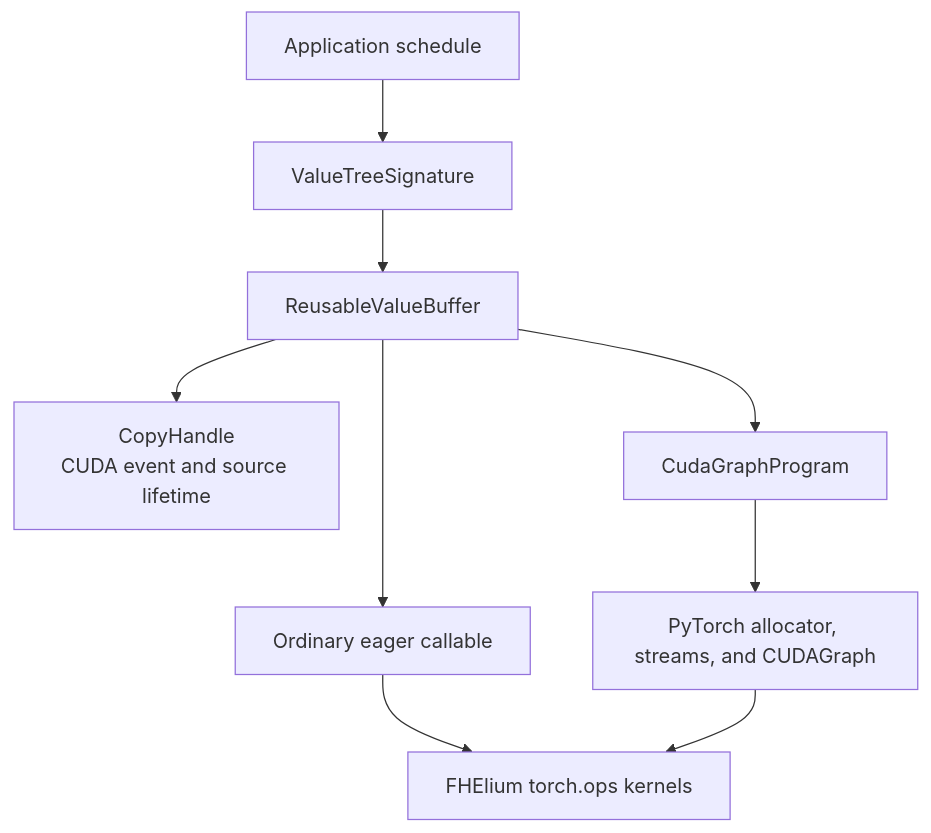
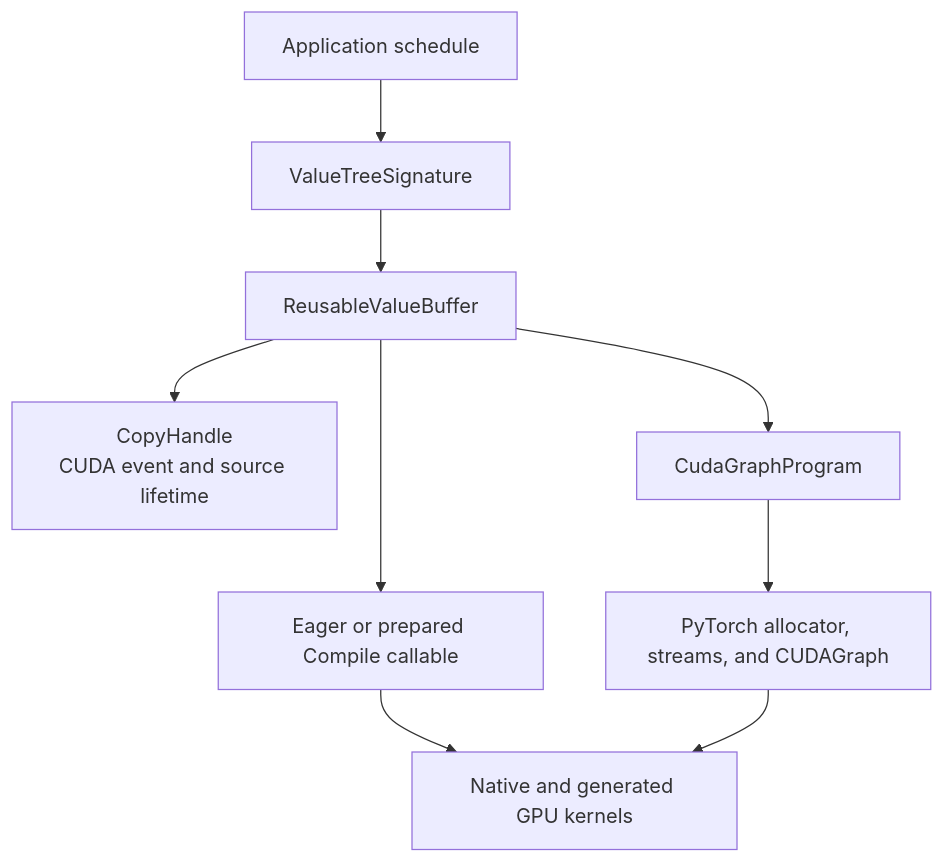
The first of 6 diagrams in docs/developer/execution-buffers-and-cuda-graphs.md (visualDust/fhelium), drawn with Mermaid before and after one commit. The commit also changed other lines of this file and 426 other files, not shown here.

````diff
--- a/docs/developer/execution-buffers-and-cuda-graphs.md
+++ b/docs/developer/execution-buffers-and-cuda-graphs.md
@@ -10,16 +7,16 @@
 ```mermaid
 graph TB
     APP[Application schedule]
     SIG[ValueTreeSignature]
     BUF[ReusableValueBuffer]
     COPY[CopyHandle<br/>CUDA event and source lifetime]
-    EAGER[Ordinary eager callable]
+    EAGER[Eager or prepared Compile callable]
     GRAPH[CudaGraphProgram]
     TORCH[PyTorch allocator, streams, and CUDAGraph]
-    NATIVE[FHElium torch.ops kernels]
+    NATIVE[Native and generated GPU kernels]
 
     APP --> SIG --> BUF
     BUF --> COPY
     BUF --> EAGER --> NATIVE
     BUF --> GRAPH --> TORCH --> NATIVE
 ```
````
